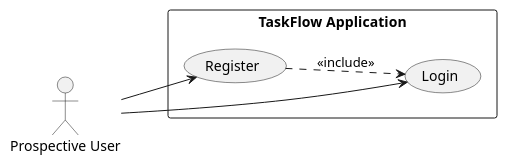
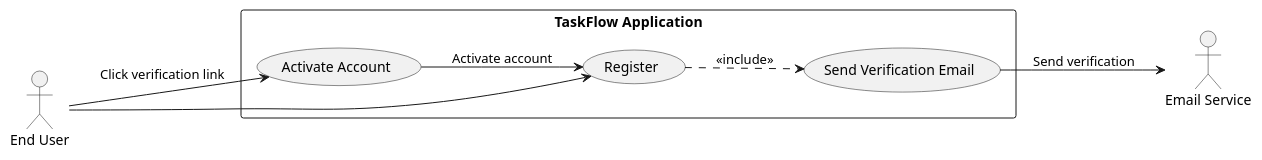
Before and after one commit to Chaman532003/framework: the first of 5 diagrams in artifacts/spec/spec.md, drawn with PlantUML. The commit also changed other lines of this file, not shown here.

````diff
--- a/artifacts/spec/spec.md
+++ b/artifacts/spec/spec.md
@@ -180,13 +360,22 @@
 ```plantuml
 @startuml
 left to right direction
-actor "Prospective User" as User
+skinparam packageStyle rectangle
+
+actor "End User" as User
+actor "Email Service" as Email
+
 rectangle "TaskFlow Application" {
-  usecase (Register) as R
-  usecase (Login) as L
+  usecase (Register) as UC1
+  usecase (Send Verification Email) as UC1b
+  usecase (Activate Account) as UC1c
 }
-User --> R
-User --> L
-R ..> L : <<include>>
+
+User --> UC1
+UC1 ..> UC1b : <<include>>
+UC1b --> Email : Send verification
+User --> UC1c : Click verification link
+UC1c --> UC1 : Activate account
+
 @enduml
 ```
````
